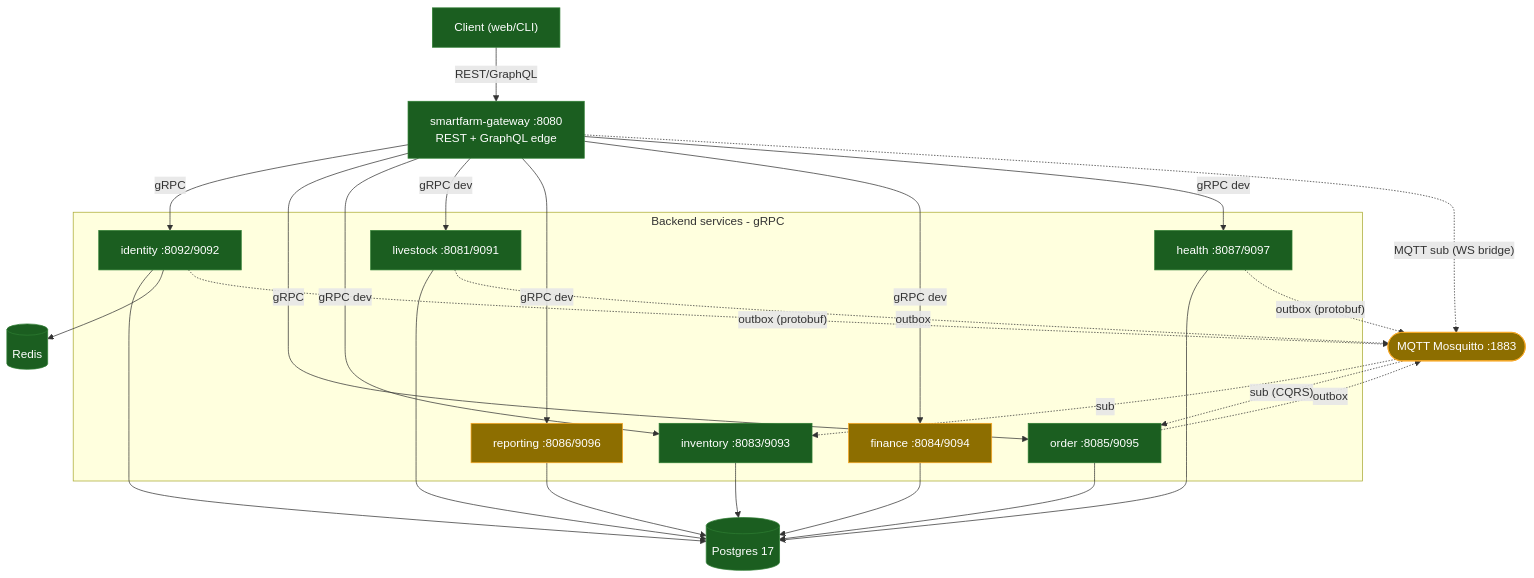
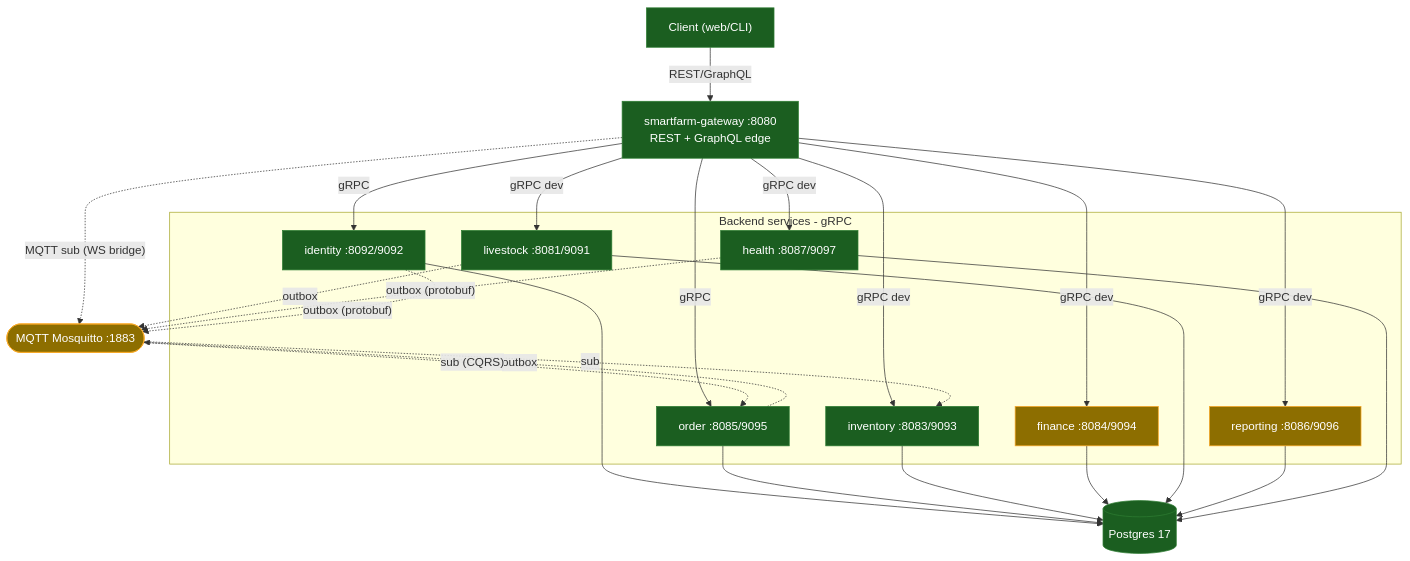
The first of 7 diagrams in docs/architecture/system-overview.md (hatrongvu13/smartfarm-platform-maven-starter), drawn with Mermaid before and after one commit. The commit also changed other lines of this file and 47 other files, not shown here.

````diff
--- a/docs/architecture/system-overview.md
+++ b/docs/architecture/system-overview.md
@@ -15,38 +15,36 @@
 ```mermaid
 flowchart TB
   client["Client (web/CLI)"]:::ok
   gw["smartfarm-gateway :8080<br/>REST + GraphQL edge"]:::ok
   broker(["MQTT Mosquitto :1883"]):::partial
   subgraph services[Backend services - gRPC]
     id["identity :8092/9092"]:::ok
     ord["order :8085/9095"]:::ok
     inv["inventory :8083/9093"]:::ok
     fin["finance :8084/9094"]:::partial
     liv["livestock :8081/9091"]:::ok
     rep["reporting :8086/9096"]:::partial
     hea["health :8087/9097"]:::ok
   end
   pg[("Postgres 17")]:::ok
-  redis[("Redis")]:::ok
   client -->|REST/GraphQL| gw
   gw -->|gRPC| id
   gw -->|gRPC| ord
   gw -->|gRPC dev| inv
   gw -->|gRPC dev| liv
   gw -->|gRPC dev| rep
   gw -->|gRPC dev| fin
   gw -->|gRPC dev| hea
   gw -. "MQTT sub (WS bridge)" .-> broker
   id & ord & inv & fin & liv & rep & hea --> pg
-  id --> redis
   ord -. outbox .-> broker
   liv -. outbox .-> broker
   hea -. "outbox (protobuf)" .-> broker
   id -. "outbox (protobuf)" .-> broker
   broker -. sub .-> inv
   broker -. "sub (CQRS)" .-> ord
   classDef ok fill:#1b5e20,color:#fff,stroke:#2e7d32;
   classDef partial fill:#8d6e00,color:#fff,stroke:#f9a825;
   classDef missing fill:#8e1b1b,color:#fff,stroke:#c62828;
   classDef planned fill:#424242,color:#fff,stroke:#757575;
 ```
````
